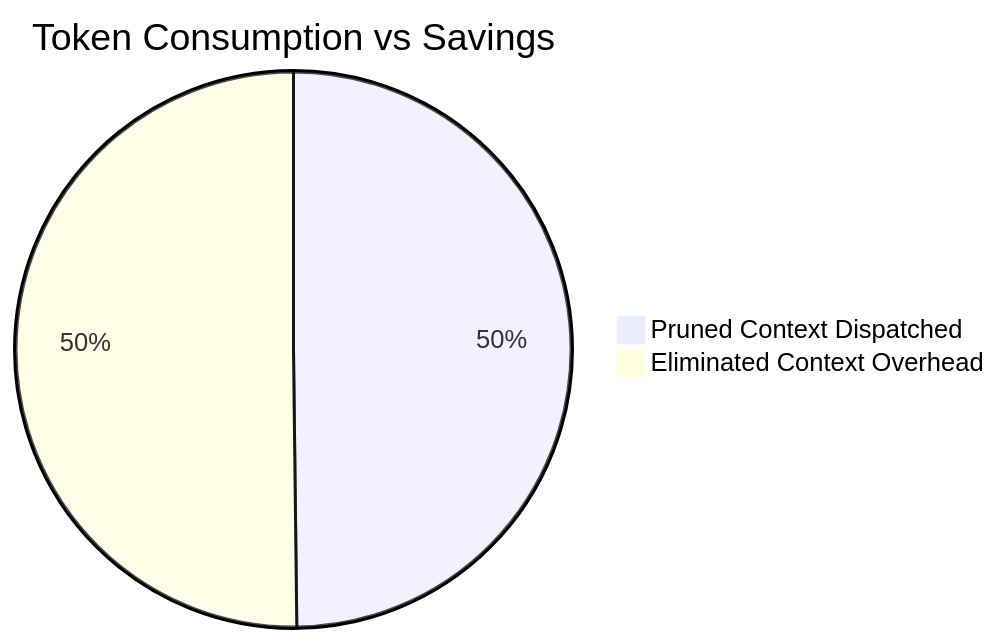
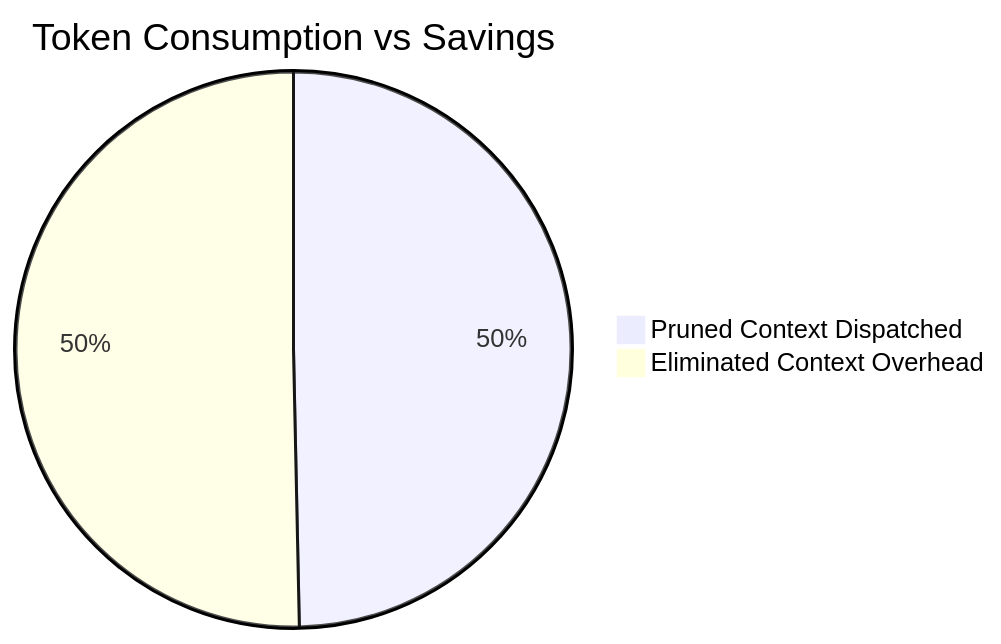
The diagram in workplace/docs/reports/token_savings_report.md (lakhwindersingh/nb_fairyfly), drawn with Mermaid before and after one commit. The commit also changed other lines of this file and 13 other files, not shown here.

````diff
--- a/workplace/docs/reports/token_savings_report.md
+++ b/workplace/docs/reports/token_savings_report.md
@@ -26,5 +26,5 @@
 ```mermaid
 pie title Token Consumption vs Savings
-    "Pruned Context Dispatched" : 5032053
-    "Eliminated Context Overhead" : 5070598
+    "Pruned Context Dispatched" : 5407590
+    "Eliminated Context Overhead" : 5480785
 ```
````
